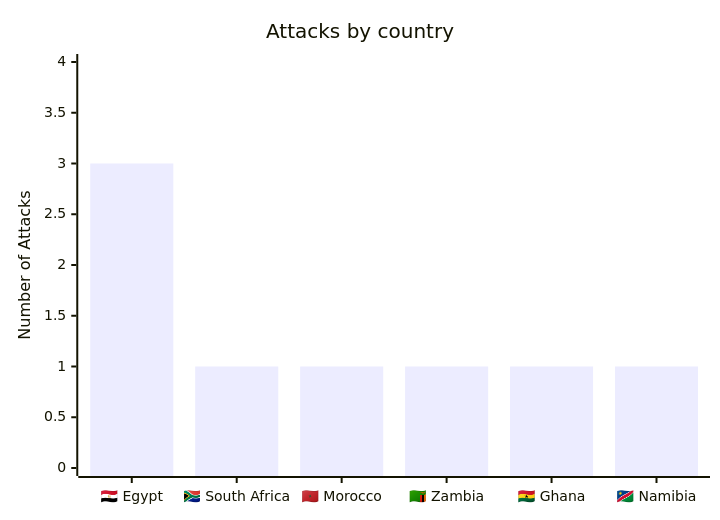
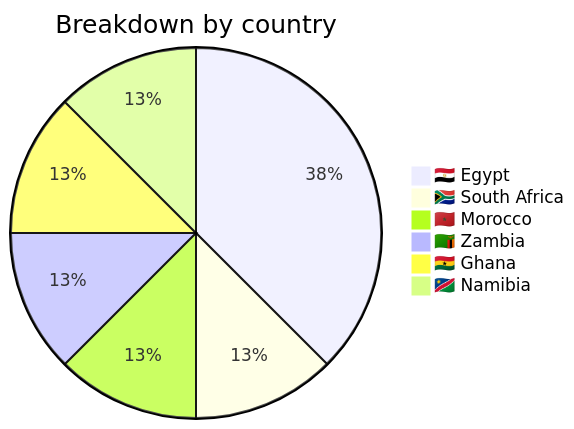
Before and after one commit to Hatchepsoute/AFRINTEL: the second of 4 diagrams in reports/2025/02-february/README.md, drawn with Mermaid. The commit also changed other lines of this file and 7 other files, not shown here.

````diff
--- a/reports/2025/02-february/README.md
+++ b/reports/2025/02-february/README.md
@@ -61,7 +63,9 @@
 ```mermaid
-xychart-beta
-    title "Attacks by country"
-    x-axis ["🇪🇬 Egypt", "🇿🇦 South Africa", "🇲🇦 Morocco", "🇿🇲 Zambia", " 🇬🇭 Ghana", "🇳🇦 Namibia"]
-    y-axis "Number of Attacks" 0 --> 4
-    bar [3, 1, 1, 1, 1, 1]
+pie title Breakdown by country
+    "🇪🇬 Egypt" : 3
+    "🇿🇦 South Africa" : 1
+    "🇲🇦 Morocco" : 1
+    "🇿🇲 Zambia" : 1
+    "🇬🇭 Ghana" : 1
+    "🇳🇦 Namibia" : 1
 ```
````
